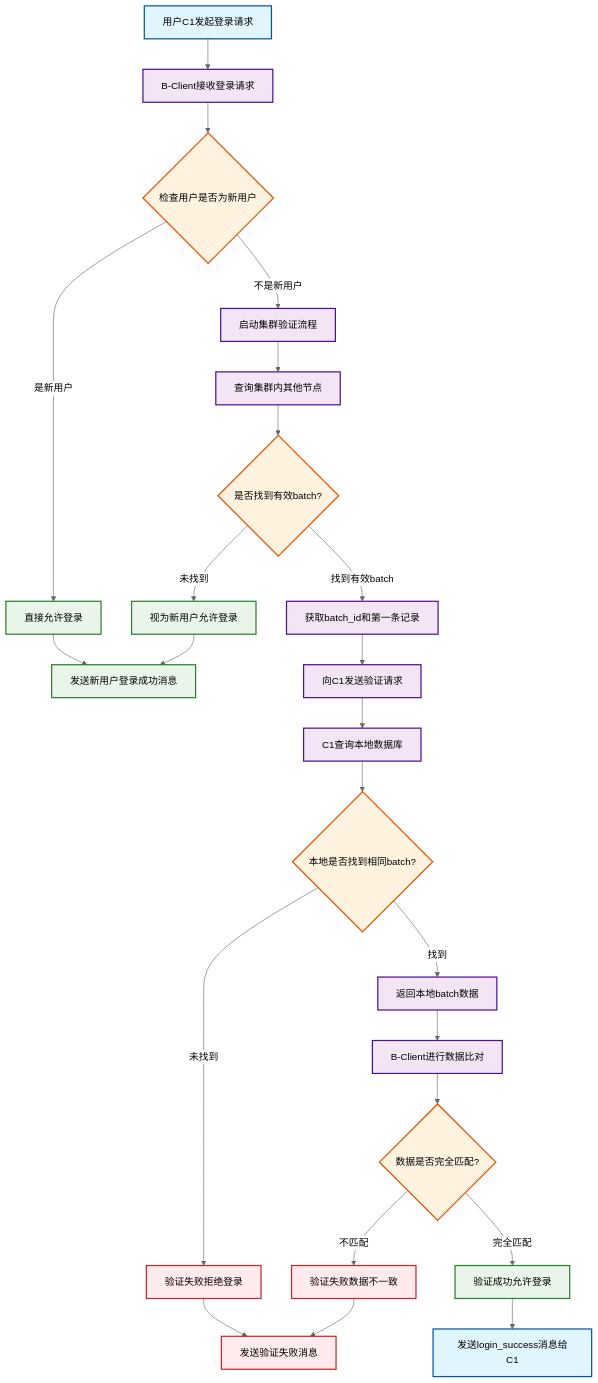
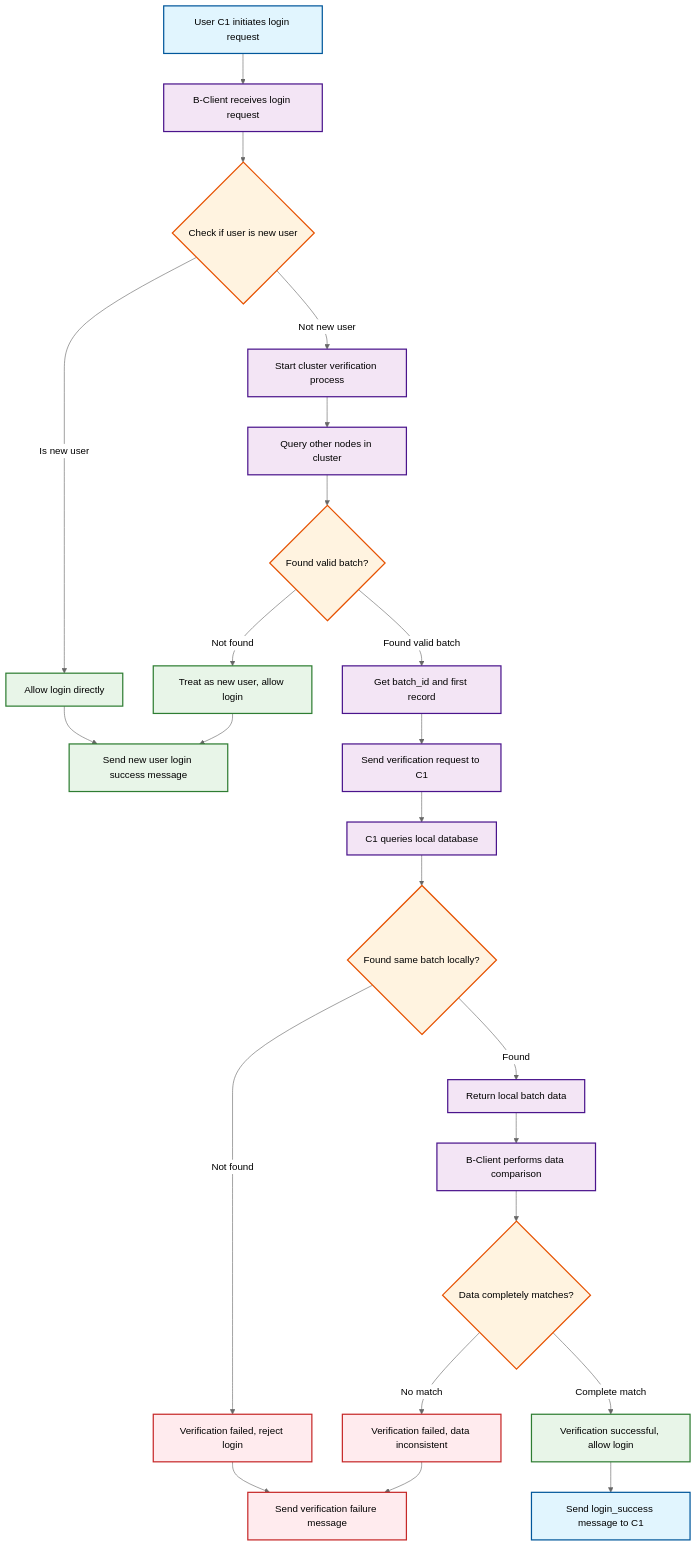
The first of 2 diagrams in Cluster Validation Flow.md (COMP693-Projects-25S2/NoMorePassword), drawn with Mermaid (neutral theme) before and after one commit. The commit also changed other lines of this file, not shown here.

Commit message:
Translate Cluster Verification Flow to English

````diff
--- a/Cluster Validation Flow.md
+++ b/Cluster Validation Flow.md
@@ -5,46 +5,46 @@
 ```mermaid
 flowchart TD
-    A[用户C1发起登录请求] --> B[B-Client接收登录请求]
-    B --> C{检查用户是否为新用户}
+    A[User C1 initiates login request] --> B[B-Client receives login request]
+    B --> C{Check if user is new user}
     
-    C -->|是新用户| D[直接允许登录]
-    C -->|不是新用户| E[启动集群验证流程]
+    C -->|Is new user| D[Allow login directly]
+    C -->|Not new user| E[Start cluster verification process]
     
-    E --> F[查询集群内其他节点]
-    F --> G{是否找到有效batch?}
+    E --> F[Query other nodes in cluster]
+    F --> G{Found valid batch?}
     
-    G -->|未找到| H[视为新用户允许登录]
-    G -->|找到有效batch| I[获取batch_id和第一条记录]
+    G -->|Not found| H[Treat as new user, allow login]
+    G -->|Found valid batch| I[Get batch_id and first record]
     
-    I --> J[向C1发送验证请求]
-    J --> K[C1查询本地数据库]
+    I --> J[Send verification request to C1]
+    J --> K[C1 queries local database]
     
-    K --> L{本地是否找到相同batch?}
-    L -->|未找到| M[验证失败拒绝登录]
-    L -->|找到| N[返回本地batch数据]
+    K --> L{Found same batch locally?}
+    L -->|Not found| M[Verification failed, reject login]
+    L -->|Found| N[Return local batch data]
     
-    N --> O[B-Client进行数据比对]
-    O --> P{数据是否完全匹配?}
+    N --> O[B-Client performs data comparison]
+    O --> P{Data completely matches?}
     
-    P -->|不匹配| Q[验证失败数据不一致]
-    P -->|完全匹配| R[验证成功允许登录]
+    P -->|No match| Q[Verification failed, data inconsistent]
+    P -->|Complete match| R[Verification successful, allow login]
     
-    R --> S[发送login_success消息给C1]
-    Q --> T[发送验证失败消息]
+    R --> S[Send login_success message to C1]
+    Q --> T[Send verification failure message]
     M --> T
-    H --> U[发送新用户登录成功消息]
+    H --> U[Send new user login success message]
     D --> U
     
-    %% 样式定义
+    %% Style definitions
     classDef startEnd fill:#e1f5fe,stroke:#01579b,stroke-width:2px
     classDef process fill:#f3e5f5,stroke:#4a148c,stroke-width:2px
     classDef decision fill:#fff3e0,stroke:#e65100,stroke-width:2px
     classDef success fill:#e8f5e8,stroke:#2e7d32,stroke-width:2px
     classDef failure fill:#ffebee,stroke:#c62828,stroke-width:2px
     
     class A,S startEnd
     class B,E,F,I,J,K,N,O process
     class C,G,L,P decision
     class D,H,R,U success
     class M,Q,T failure
 ```
````
